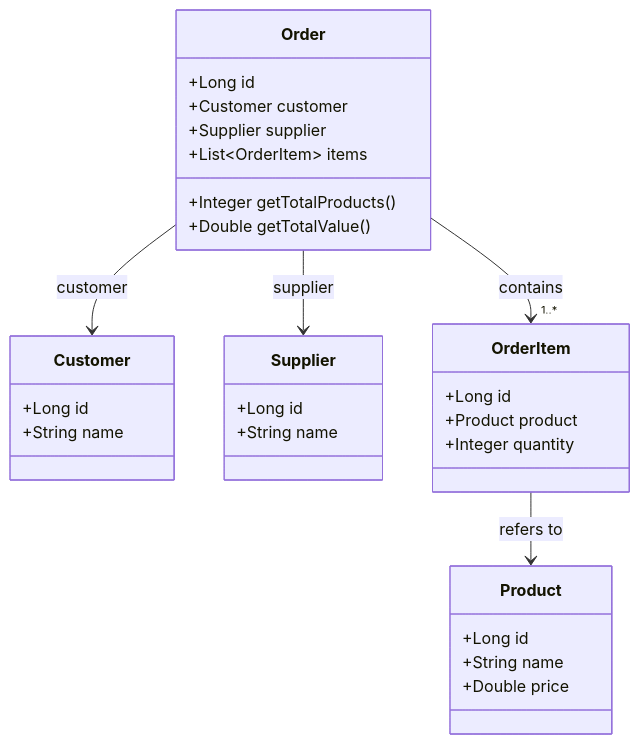
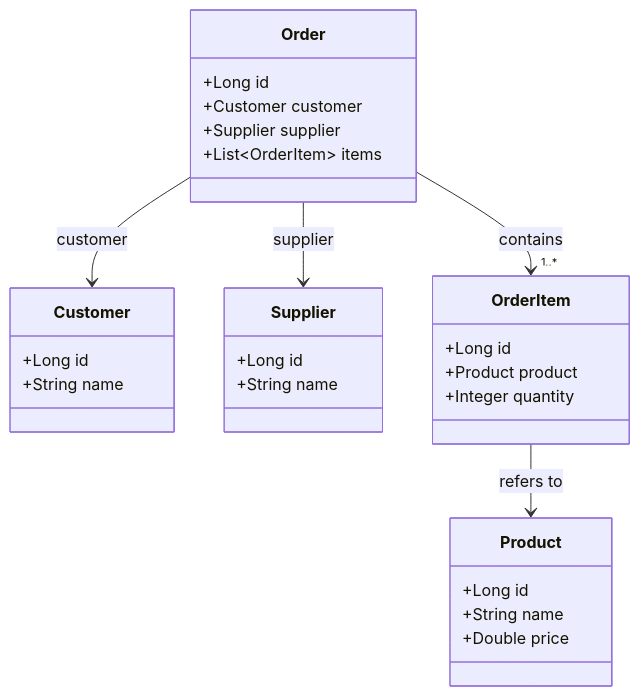
Before and after one commit to samversiane/orders-app: the diagram in README.md, drawn with Mermaid. The commit also changed other lines of this file and 42 other files, not shown here.

````diff
--- a/README.md
+++ b/README.md
@@ -17,38 +53,36 @@
 ```mermaid
 classDiagram
     class Order {
         +Long id
         +Customer customer
         +Supplier supplier
         +List~OrderItem~ items
-        +Integer getTotalProducts()
-        +Double getTotalValue()
     }
 
     class Customer {
         +Long id
         +String name
     }
 
     class Supplier {
         +Long id
         +String name
     }
 
     class Product {
         +Long id
         +String name
         +Double price
     }
 
     class OrderItem {
         +Long id
         +Product product
         +Integer quantity
     }
 
     Order --> Customer : customer
     Order --> Supplier : supplier
     Order --> "1..*" OrderItem : contains
     OrderItem --> Product : refers to
 ```
````
